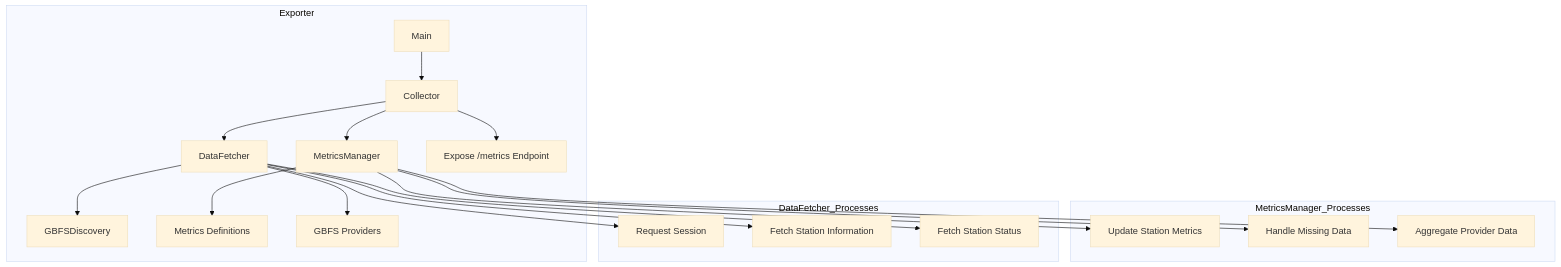
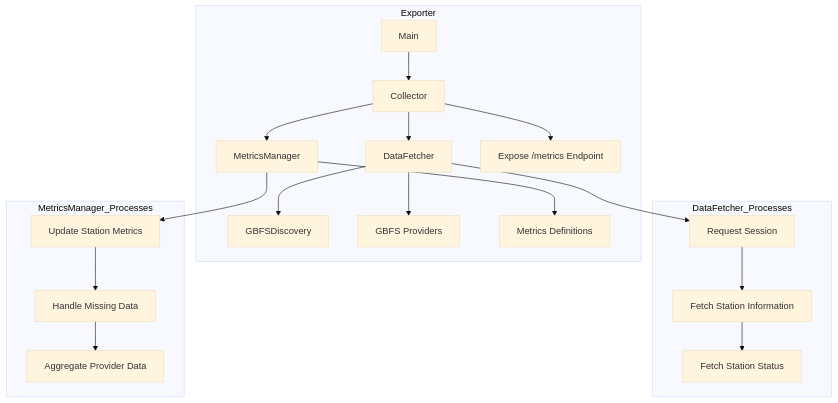
The diagram in exporter/README.md (B3ns44d/gbfs-monitoring-stack), drawn with Mermaid (base theme) before and after one commit.

Commit message:
doc: update exporter diagram

````diff
--- a/exporter/README.md
+++ b/exporter/README.md
@@ -43,38 +43,44 @@
 ```mermaid
 flowchart TB
+    %% Define Exporter Components
     subgraph Exporter
-        Main[Main]
-        Collector[Collector]
-        DataFetcher[DataFetcher]
-        MetricsManager[MetricsManager]
-        GBFSDiscovery[GBFSDiscovery]
-        MetricsDefinitions[Metrics Definitions]
-        ExposeMetrics[Expose /metrics Endpoint]
+        Main["Main"]
+        Collector["Collector"]
+        DataFetcher["DataFetcher"]
+        MetricsManager["MetricsManager"]
+        ExposeMetrics["Expose /metrics Endpoint"]
+        GBFSDiscovery["GBFSDiscovery"]
+        GBFSProviders["GBFS Providers"]
+        MetricsDefinitions["Metrics Definitions"]
+        
         Main --> Collector
         Collector --> DataFetcher
         Collector --> MetricsManager
+        Collector --> ExposeMetrics
         DataFetcher --> GBFSDiscovery
-        DataFetcher --> GBFSProviders[GBFS Providers]
+        DataFetcher --> GBFSProviders
         MetricsManager --> MetricsDefinitions
-        Collector --> ExposeMetrics
     end
-
+    
+    %% Define DataFetcher Processes
+    subgraph DataFetcher_Processes
+        RequestSession["Request Session"]
+        FetchStationInfo["Fetch Station Information"]
+        FetchStationStatus["Fetch Station Status"]
+        
+        DataFetcher --> RequestSession
+        RequestSession --> FetchStationInfo
+        FetchStationInfo --> FetchStationStatus
+    end
+    
+    %% Define MetricsManager Processes
     subgraph MetricsManager_Processes
-        UpdateMetrics[Update Station Metrics]
-        HandleMissingData[Handle Missing Data]
-        AggregateData[Aggregate Provider Data]
+        UpdateMetrics["Update Station Metrics"]
+        HandleMissingData["Handle Missing Data"]
+        AggregateData["Aggregate Provider Data"]
+        
+        MetricsManager --> UpdateMetrics
+        UpdateMetrics --> HandleMissingData
+        HandleMissingData --> AggregateData
     end
-
-    subgraph DataFetcher_Processes
-        RequestSession[Request Session]
-        FetchStationInfo[Fetch Station Information]
-        FetchStationStatus[Fetch Station Status]
-    end
-
-    MetricsManager --> UpdateMetrics
-    MetricsManager --> HandleMissingData
-    MetricsManager --> AggregateData
-    DataFetcher --> RequestSession
-    DataFetcher --> FetchStationInfo
-    DataFetcher --> FetchStationStatus
 ```
````
